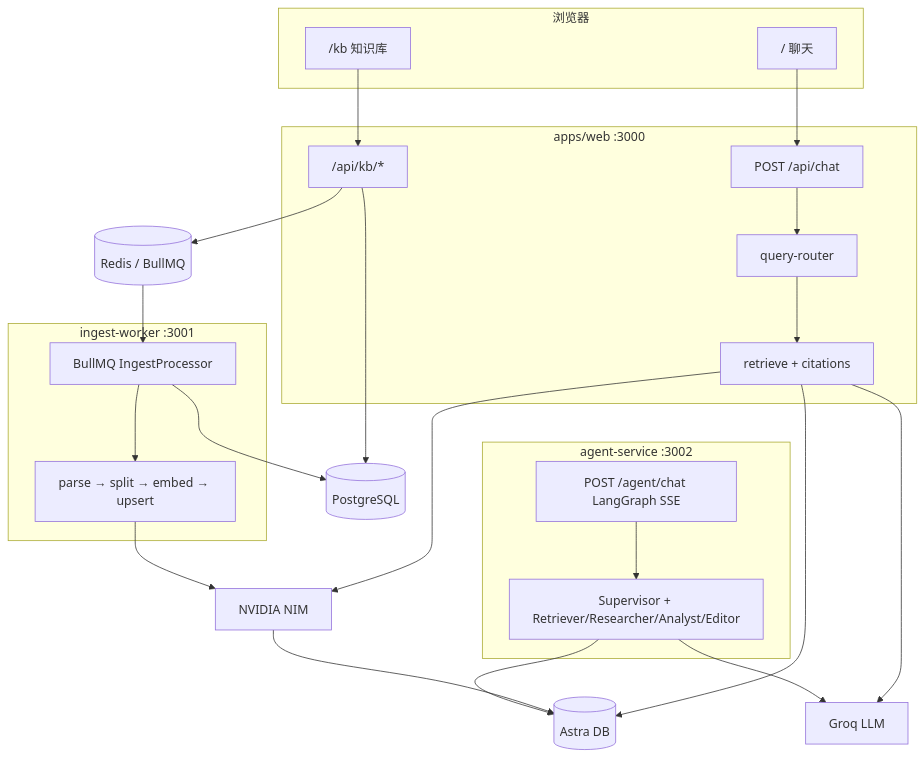
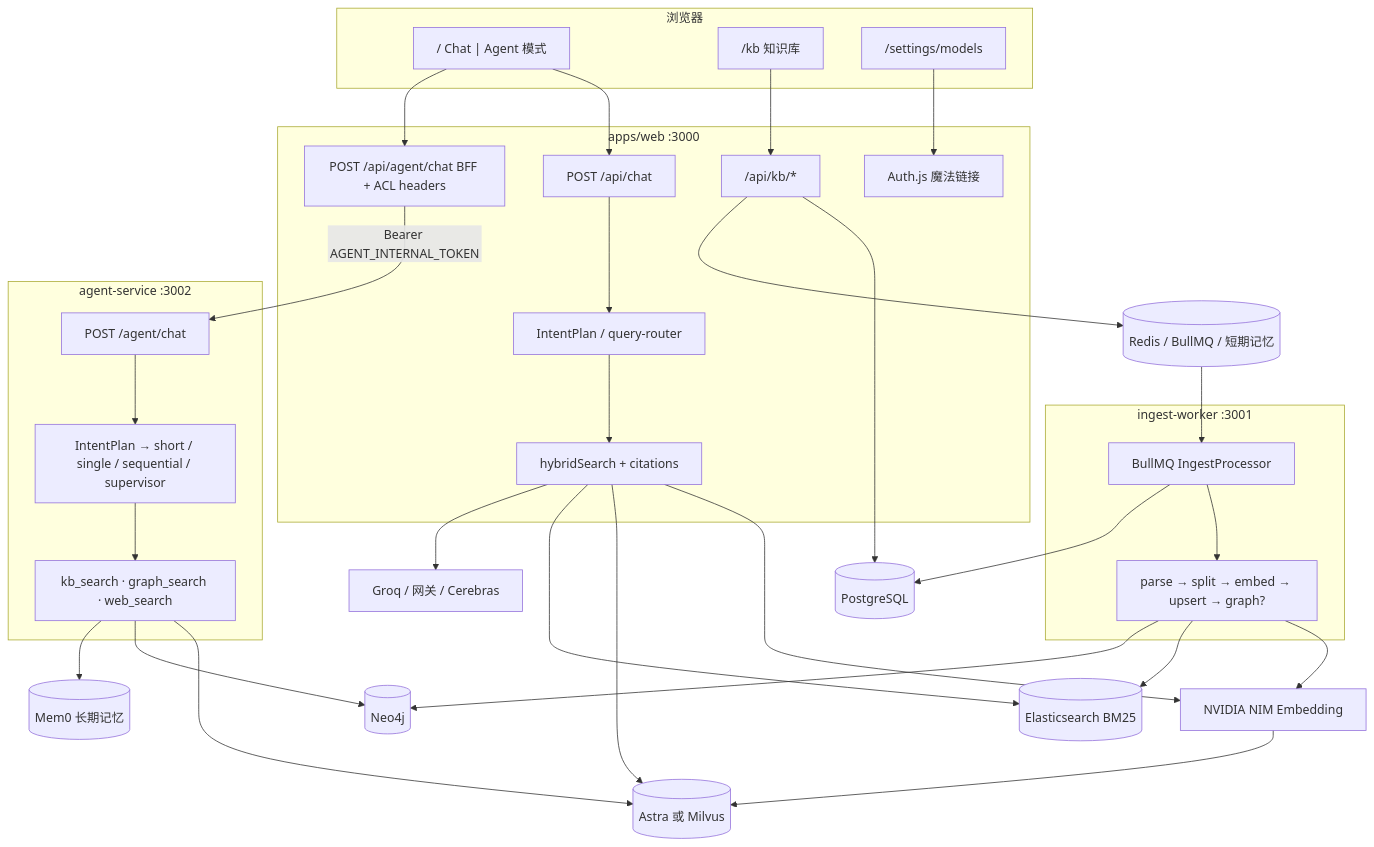
One commit to moyunzero/personal-gpt changed the diagram in README.md. Above: the diagram before and after it, drawn with Mermaid. The commit also changed other lines of this file, not shown here.

First line of the commit message:
docs(readme): sync architecture and roadmap with current codebase

````diff
--- a/README.md
+++ b/README.md
@@ -25,44 +27,58 @@
 ```mermaid
 flowchart TB
   subgraph Client["浏览器"]
-    Chat["/ 聊天"]
+    Chat["/ Chat | Agent 模式"]
     KB["/kb 知识库"]
+    Settings["/settings/models"]
   end
 
   subgraph Web["apps/web :3000"]
+    Auth["Auth.js 魔法链接"]
     ChatAPI["POST /api/chat"]
+    AgentBFF["POST /api/agent/chat BFF + ACL headers"]
     KbAPI["/api/kb/*"]
-    Router["query-router"]
-    Retrieve["retrieve + citations"]
+    Router["IntentPlan / query-router"]
+    Retrieve["hybridSearch + citations"]
   end
 
   subgraph Worker["ingest-worker :3001"]
     Proc["BullMQ IngestProcessor"]
-    Pipe["parse → split → embed → upsert"]
+    Pipe["parse → split → embed → upsert → graph?"]
   end
 
   subgraph Agent["agent-service :3002"]
-    AgentSSE["POST /agent/chat LangGraph SSE"]
-    Super["Supervisor + Retriever/Researcher/Analyst/Editor"]
+    AgentSSE["POST /agent/chat"]
+    Graph["IntentPlan → short / single / sequential / supervisor"]
+    Tools["kb_search · graph_search · web_search"]
   end
 
   PG[(PostgreSQL)]
-  Redis[(Redis / BullMQ)]
-  Astra[(Astra DB)]
-  Groq[Groq LLM]
-  NIM[NVIDIA NIM]
+  Redis[(Redis / BullMQ / 短期记忆)]
+  Vec[(Astra 或 Milvus)]
+  ES[(Elasticsearch BM25)]
+  Neo[(Neo4j)]
+  Mem0[(Mem0 长期记忆)]
+  LLM[Groq / 网关 / Cerebras]
+  NIM[NVIDIA NIM Embedding]
 
   Chat --> ChatAPI
+  Chat --> AgentBFF
   KB --> KbAPI
+  Settings --> Auth
   ChatAPI --> Router --> Retrieve
+  AgentBFF -->|Bearer AGENT_INTERNAL_TOKEN| AgentSSE
+  AgentSSE --> Graph --> Tools
   Retrieve --> NIM
-  Retrieve --> Astra
-  Retrieve --> Groq
+  Retrieve --> Vec
+  Retrieve --> ES
+  Retrieve --> LLM
+  Tools --> Vec
+  Tools --> Neo
+  Tools --> Mem0
   KbAPI --> PG
   KbAPI --> Redis --> Proc --> Pipe
-  Pipe --> NIM --> Astra
+  Pipe --> NIM --> Vec
+  Pipe --> ES
+  Pipe --> Neo
   Proc --> PG
-  AgentSSE --> Super
-  Super --> Astra
-  Super --> Groq
 ```
````
